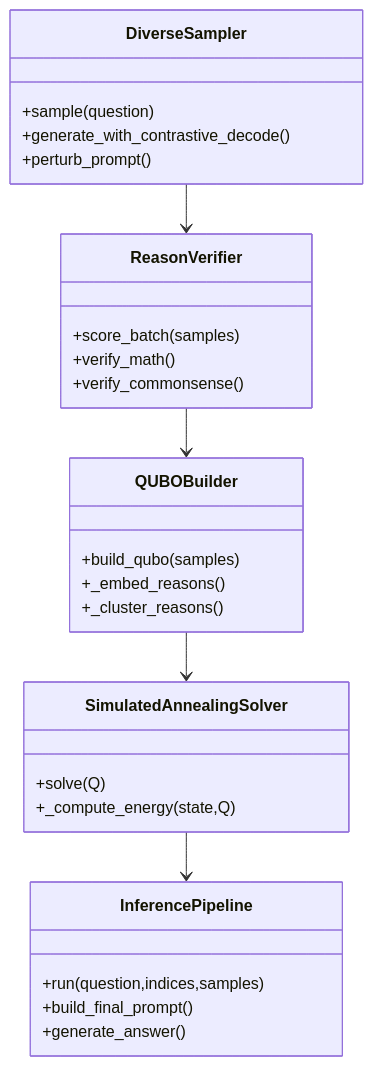
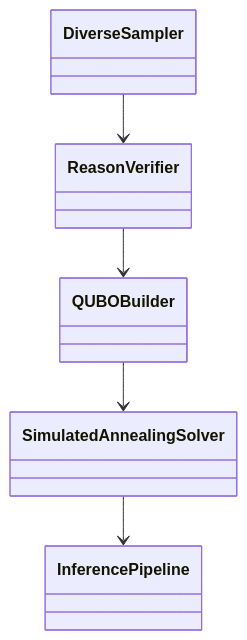
One commit to tanaymitra54/samsung_backup changed the sixth of 15 diagrams in README.md. Above: the diagram before and after it, drawn with Mermaid. The commit also changed other lines of this file, not shown here.

Commit message:
Simplify README Mermaid diagrams: shorter labels, cleaner visuals, less text

````diff
--- a/README.md
+++ b/README.md
@@ -164,32 +159,12 @@
 ```mermaid
 classDiagram
-    class DiverseSampler {
-      +sample(question)
-      +generate_with_contrastive_decode()
-      +perturb_prompt()
-    }
-    class ReasonVerifier {
-      +score_batch(samples)
-      +verify_math()
-      +verify_commonsense()
-    }
-    class QUBOBuilder {
-      +build_qubo(samples)
-      +_embed_reasons()
-      +_cluster_reasons()
-    }
-    class SimulatedAnnealingSolver {
-      +solve(Q)
-      +_compute_energy(state,Q)
-    }
-    class InferencePipeline {
-      +run(question,indices,samples)
-      +build_final_prompt()
-      +generate_answer()
-    }
-
+    class DiverseSampler {}
+    class ReasonVerifier {}
+    class QUBOBuilder {}
+    class SimulatedAnnealingSolver {}
+    class InferencePipeline {}
     DiverseSampler --> ReasonVerifier
     ReasonVerifier --> QUBOBuilder
     QUBOBuilder --> SimulatedAnnealingSolver
     SimulatedAnnealingSolver --> InferencePipeline
 ```
````
